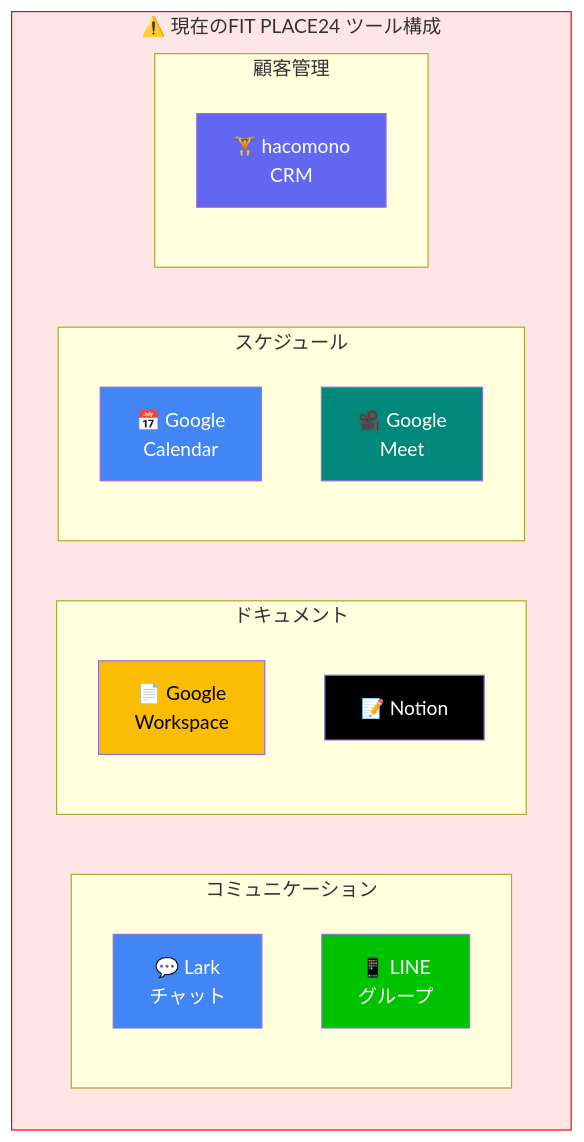
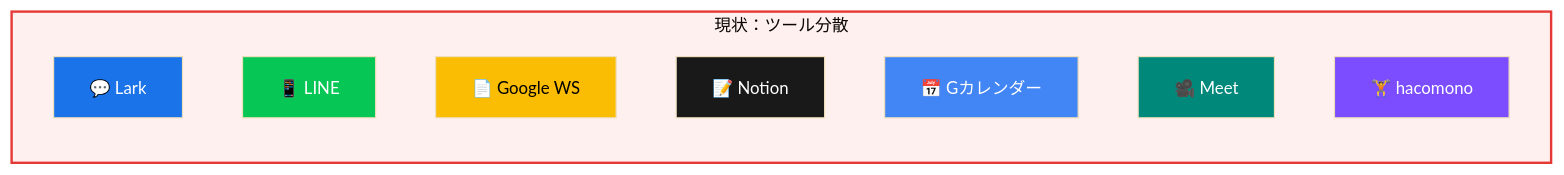
Before and after one commit to PLark-droid/lark-proposal: the first of 15 diagrams in docs/FITPLACE_LARK_PROPOSAL.md, drawn with Mermaid. The commit also changed other lines of this file, not shown here.

First line of the commit message:
docs: optimize Mermaid diagrams for Google Docs

````diff
--- a/docs/FITPLACE_LARK_PROPOSAL.md
+++ b/docs/FITPLACE_LARK_PROPOSAL.md
@@ -31,32 +31,23 @@
 ```mermaid
-flowchart TB
-    subgraph 現状["⚠️ 現在のFIT PLACE24 ツール構成"]
-        subgraph comm["コミュニケーション"]
-            Lark["💬 Lark<br/>チャット"]
-            LINE["📱 LINE<br/>グループ"]
-        end
-
-        subgraph docs["ドキュメント"]
-            GWS["📄 Google<br/>Workspace"]
-            Notion["📝 Notion"]
-        end
-
-        subgraph calendar["スケジュール"]
-            GCal["📅 Google<br/>Calendar"]
-            Meet["🎥 Google<br/>Meet"]
-        end
-
-        subgraph crm["顧客管理"]
-            hacomono["🏋️ hacomono<br/>CRM"]
-        end
+%%{init: {'theme': 'base', 'themeVariables': { 'fontSize': '14px'}}}%%
+flowchart LR
+    subgraph NOW["現状：ツール分散"]
+        direction TB
+        A["💬 Lark"]
+        B["📱 LINE"]
+        C["📄 Google WS"]
+        D["📝 Notion"]
+        E["📅 Gカレンダー"]
+        F["🎥 Meet"]
+        G["🏋️ hacomono"]
     end
 
-    style 現状 fill:#ffe6e6,stroke:#ff0000
-    style Lark fill:#4285f4,color:#fff
-    style LINE fill:#00c300,color:#fff
-    style GWS fill:#fbbc04,color:#000
-    style Notion fill:#000,color:#fff
-    style GCal fill:#4285f4,color:#fff
-    style Meet fill:#00897b,color:#fff
-    style hacomono fill:#6366f1,color:#fff
+    style NOW fill:#fff0f0,stroke:#e53935,stroke-width:2px
+    style A fill:#1a73e8,color:#fff
+    style B fill:#06c755,color:#fff
+    style C fill:#fbbc04,color:#000
+    style D fill:#191919,color:#fff
+    style E fill:#4285f4,color:#fff
+    style F fill:#00897b,color:#fff
+    style G fill:#7c4dff,color:#fff
 ```
````
